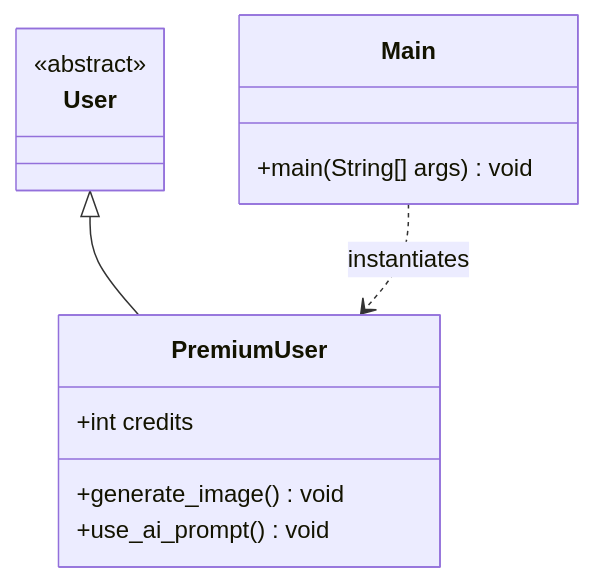
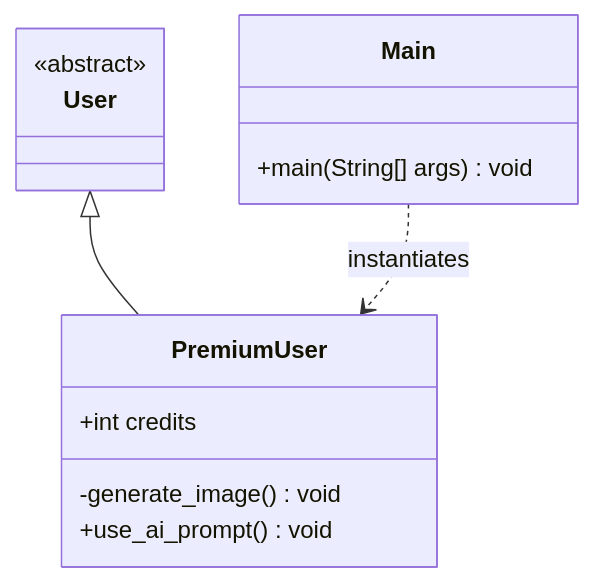
One commit to restrepojulian015/1exerciseSofware-IA changed the diagram in .kiro/specs/premium-user-oop/design.md. Above: the diagram before and after it, drawn with Mermaid. The commit also changed other lines of this file and 1 other file, not shown here.

````diff
--- a/.kiro/specs/premium-user-oop/design.md
+++ b/.kiro/specs/premium-user-oop/design.md
@@ -24,16 +24,16 @@
 ```mermaid
 classDiagram
     class User {
         <<abstract>>
     }
     class PremiumUser {
         +int credits
-        +generate_image() void
+        -generate_image() void
         +use_ai_prompt() void
     }
     class Main {
         +main(String[] args) void
     }
     User <|-- PremiumUser
     Main ..> PremiumUser : instantiates
 ```
````
